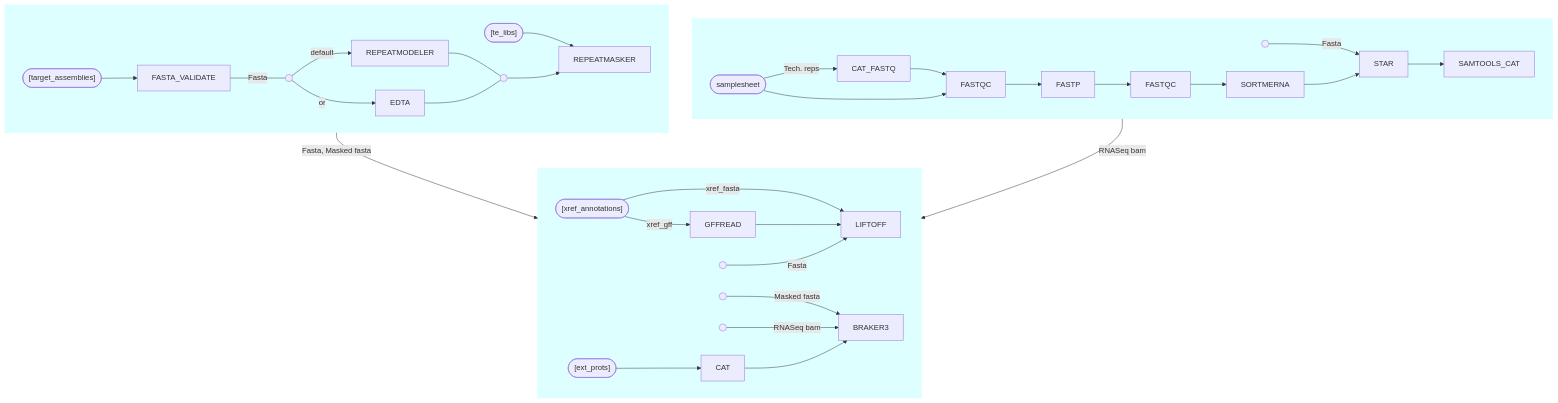
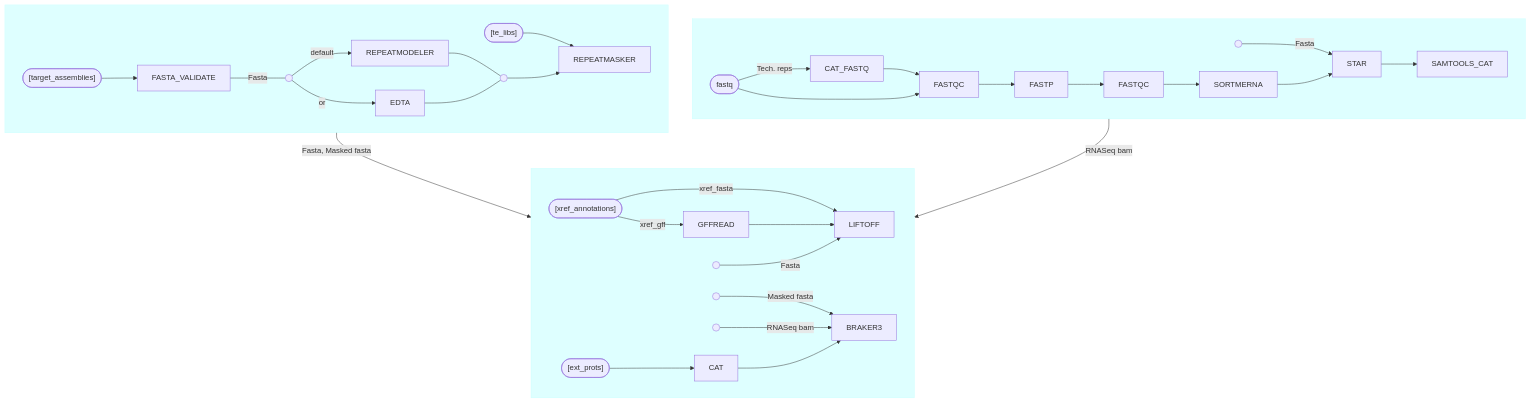
The diagram in README.md (rosscrowhurst/genepal), drawn with Mermaid before and after one commit. The commit also changed 10 other files, not shown here.

Commit message:
Renamed samplesheet param to fastq

````diff
--- a/README.md
+++ b/README.md
@@ -9,77 +9,77 @@
 ```mermaid
 flowchart TD
     subgraph PrepareAssembly [ ]
     TARGET_ASSEMBLIES
     TE_LIBRARIES
     FASTA_VALIDATE
     fasta_file_from_fasta_validate
     EDTA
     REPEATMODELER
     te_lib_absent_node
     REPEATMASKER
     end
 
     TARGET_ASSEMBLIES(["[target_assemblies]"])
     TE_LIBRARIES(["[te_libs]"])
     TARGET_ASSEMBLIES --> FASTA_VALIDATE
     FASTA_VALIDATE --- |Fasta|fasta_file_from_fasta_validate(( ))
     fasta_file_from_fasta_validate --> |or|EDTA
     fasta_file_from_fasta_validate --> |default|REPEATMODELER
     REPEATMODELER --- te_lib_absent_node(( ))
     EDTA --- te_lib_absent_node
     TE_LIBRARIES --> REPEATMASKER
     te_lib_absent_node --> REPEATMASKER
 
-    subgraph Samplesheet [ ]
-    SAMPLESHEET
+    subgraph Fastq [ ]
+    FASTQ
     CAT_FASTQ
     FASTQC
     FASTP
     FASTP_FASTQC
     SORTMERNA
     fasta_file_for_star
     STAR
     SAMTOOLS_CAT
     end
 
-    SAMPLESHEET([samplesheet])
-    SAMPLESHEET --> |Tech. reps|CAT_FASTQ
+    FASTQ([fastq])
+    FASTQ --> |Tech. reps|CAT_FASTQ
     CAT_FASTQ --> FASTQC
-    SAMPLESHEET --> FASTQC
+    FASTQ --> FASTQC
     FASTQC --> FASTP
     FASTP --> FASTP_FASTQC[FASTQC]
     FASTP_FASTQC --> SORTMERNA
     fasta_file_for_star(( ))
     fasta_file_for_star --> |Fasta|STAR
     SORTMERNA --> STAR
     STAR --> SAMTOOLS_CAT
 
     subgraph Annotation [ ]
     anno_fasta(( ))
     anno_masked_fasta(( ))
     anno_bam(( ))
     EXTERNAL_PROTEIN_SEQS(["[ext_prots]"])
     XREF_ANNOTATIONS(["[xref_annotations]"])
     CAT
     BRAKER3
     GFFREAD
     LIFTOFF
     end
 
     PrepareAssembly --> |Fasta, Masked fasta|Annotation
-    Samplesheet --> |RNASeq bam|Annotation
+    Fastq --> |RNASeq bam|Annotation
 
     XREF_ANNOTATIONS --> |xref_gff|GFFREAD
     XREF_ANNOTATIONS --> |xref_fasta|LIFTOFF
     GFFREAD --> LIFTOFF
     anno_fasta --> |Fasta|LIFTOFF
 
     EXTERNAL_PROTEIN_SEQS --> CAT
     anno_masked_fasta --> |Masked fasta|BRAKER3
     anno_bam --> |RNASeq bam|BRAKER3
     CAT --> BRAKER3
 
-    style Samplesheet fill:#00FFFF21,stroke:#00FFFF21
+    style Fastq fill:#00FFFF21,stroke:#00FFFF21
     style PrepareAssembly fill:#00FFFF21,stroke:#00FFFF21
     style Annotation fill:#00FFFF21,stroke:#00FFFF21
 ```
````
